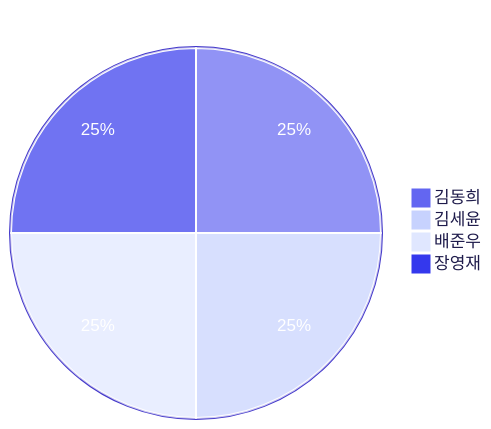
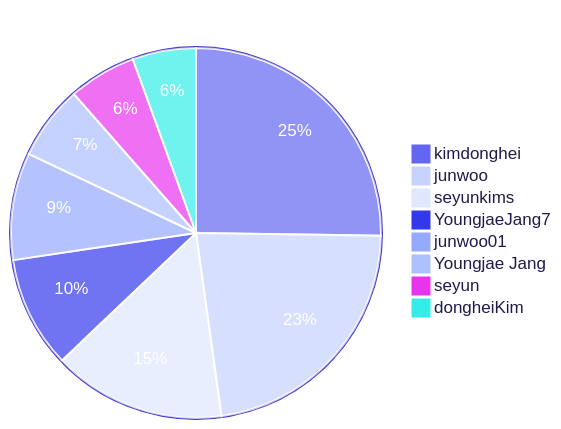
One commit to 3rd-project-team-1/ALYAC-market-team1 changed the third of 4 diagrams in README.md. Above: the diagram before and after it, drawn with Mermaid. The commit also changed other lines of this file, not shown here.

````diff
--- a/README.md
+++ b/README.md
@@ -415,17 +414,21 @@
 ```mermaid
 %%{init: { 'theme': 'base', 'themeVariables': {
   'primaryColor': '#6366f1',
   'primaryTextColor': '#ffffff',
   'primaryBorderColor': '#4338ca',
   'secondaryColor': '#c7d2fe',
   'tertiaryColor': '#e0e7ff',
   'pieLegendTextColor': '#1e1b4b',
   'pieStrokeColor': '#ffffff',
   'pieOuterStrokeColor': '#4338ca'
 } } }%%
 pie title 기여자별 커밋 수
-  "김동희" : 25
-  "김세윤" : 25
-  "배준우" : 25
-  "장영재" : 25
+  "kimdonghei" : 132
+  "junwoo" : 118
+  "seyunkims" : 79
+  "YoungjaeJang7" : 51
+  "junwoo01" : 49
+  "Youngjae Jang" : 34
+  "seyun" : 31
+  "dongheiKim" : 29
 ```
````
